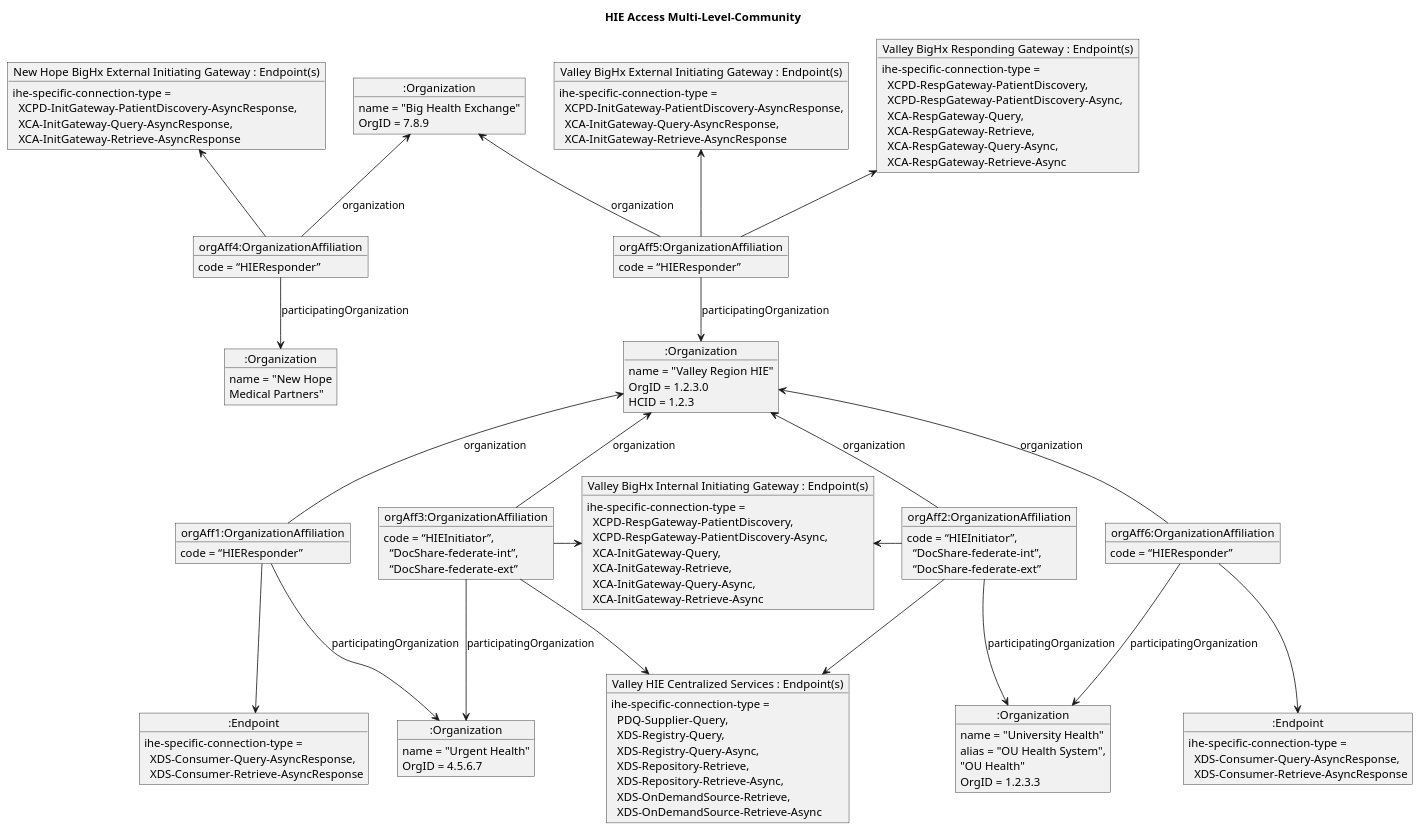
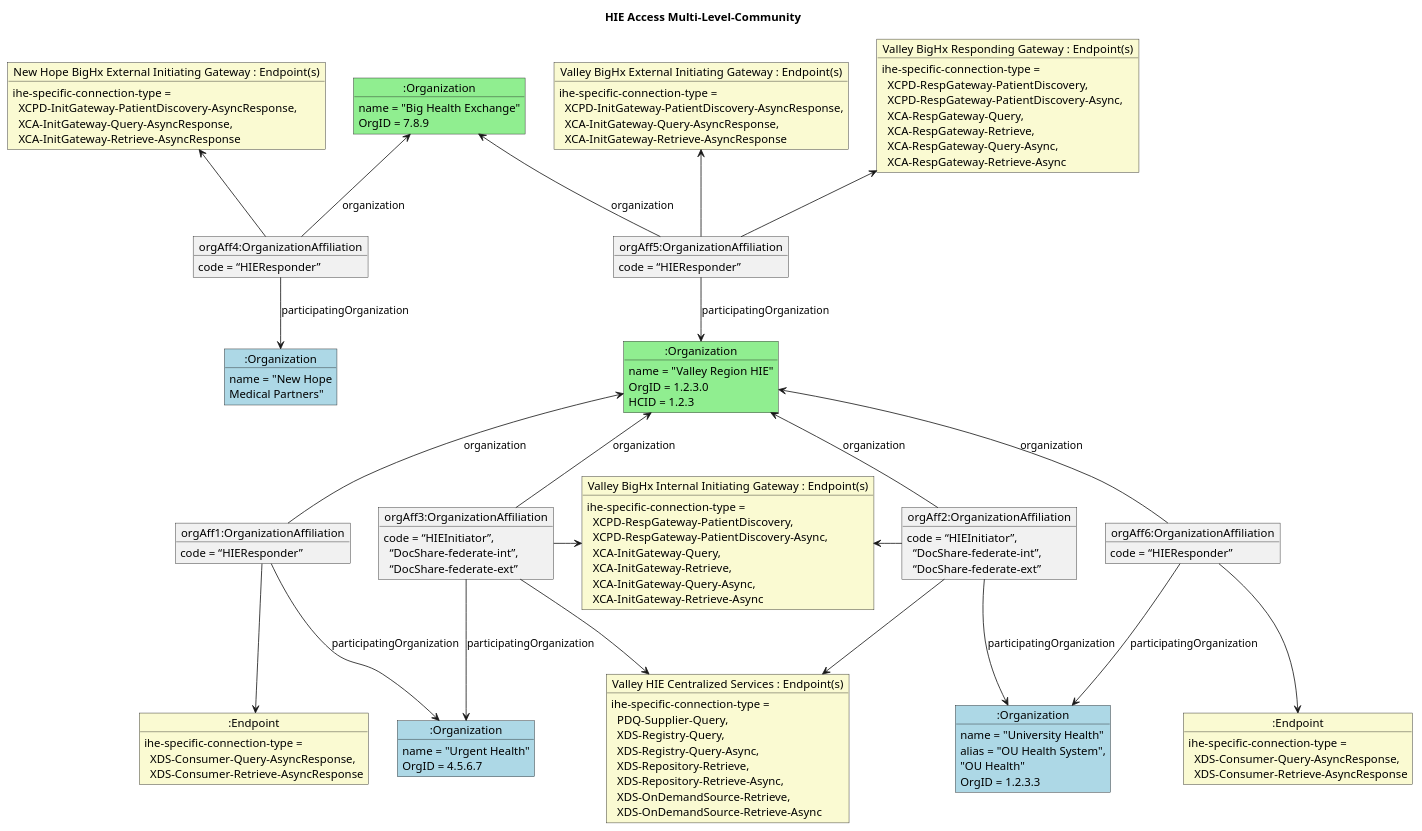
Before and after one commit to HL7/fhir-us-ndh: the diagram in input/images-source/OrganizationAffiliationIHE3.plantuml, drawn with PlantUML. The commit also changed 7 other files, not shown here.

```diff
--- a/input/images-source/OrganizationAffiliationIHE3.plantuml
+++ b/input/images-source/OrganizationAffiliationIHE3.plantuml
@@ -1,88 +1,88 @@
 @startuml 
 
 title "HIE Access Multi-Level-Community "
-object ":Organization" as nhie
+object ":Organization" as nhie #lightgreen
 nhie : name = "Big Health Exchange"
 nhie : OrgID = 7.8.9
 
-object ":Organization" as Partners
+object ":Organization" as Partners #LightBlue
 Partners : name = "New Hope\nMedical Partners"
 
-object "New Hope BigHx External Initiating Gateway : Endpoint(s)" as ig1
+object "New Hope BigHx External Initiating Gateway : Endpoint(s)" as ig1 #LightGoldenRodYellow
 ig1 : ihe-specific-connection-type =\n  XCPD-InitGateway-PatientDiscovery-AsyncResponse,\n  XCA-InitGateway-Query-AsyncResponse,\n  XCA-InitGateway-Retrieve-AsyncResponse
 
 object "orgAff4:OrganizationAffiliation" as OrgAff4
 OrgAff4 : code = “HIEResponder”
 OrgAff4 --> Partners : participatingOrganization
 nhie <-- OrgAff4 : organization
 ig1 <-- OrgAff4
 
-object ":Organization" as hie
+object ":Organization" as hie #lightgreen
 hie : name = "Valley Region HIE"
 hie : OrgID = 1.2.3.0
 hie : HCID = 1.2.3
 
 object "orgAff5:OrganizationAffiliation" as OrgAff5
 OrgAff5 : code = “HIEResponder”
 OrgAff5 --> hie : participatingOrganization
 nhie <-- OrgAff5 : organization
 
-object "Valley BigHx Responding Gateway : Endpoint(s)" as rg1
+object "Valley BigHx Responding Gateway : Endpoint(s)" as rg1 #LightGoldenRodYellow
 rg1 : ihe-specific-connection-type = \n  XCPD-RespGateway-PatientDiscovery,\n  XCPD-RespGateway-PatientDiscovery-Async,\n  XCA-RespGateway-Query,\n  XCA-RespGateway-Retrieve,\n  XCA-RespGateway-Query-Async,\n  XCA-RespGateway-Retrieve-Async
 rg1 <-- OrgAff5
 
-object "Valley BigHx External Initiating Gateway : Endpoint(s)" as ig2
+object "Valley BigHx External Initiating Gateway : Endpoint(s)" as ig2 #LightGoldenRodYellow
 ig2 : ihe-specific-connection-type =\n  XCPD-InitGateway-PatientDiscovery-AsyncResponse,\n  XCA-InitGateway-Query-AsyncResponse,\n  XCA-InitGateway-Retrieve-AsyncResponse
 ig2 <-- OrgAff5
 
-object "Valley BigHx Internal Initiating Gateway : Endpoint(s)" as ig3
+object "Valley BigHx Internal Initiating Gateway : Endpoint(s)" as ig3 #LightGoldenRodYellow
 ig3 : ihe-specific-connection-type = \n  XCPD-RespGateway-PatientDiscovery,\n  XCPD-RespGateway-PatientDiscovery-Async,\n  XCA-InitGateway-Query,\n  XCA-InitGateway-Retrieve,\n  XCA-InitGateway-Query-Async,\n  XCA-InitGateway-Retrieve-Async
 
-object "Valley HIE Centralized Services : Endpoint(s)" as hieEndpoints
+object "Valley HIE Centralized Services : Endpoint(s)" as hieEndpoints #LightGoldenRodYellow
 hieEndpoints : ihe-specific-connection-type = \n  PDQ-Supplier-Query,\n  XDS-Registry-Query,\n  XDS-Registry-Query-Async,\n  XDS-Repository-Retrieve,\n  XDS-Repository-Retrieve-Async,\n  XDS-OnDemandSource-Retrieve,\n  XDS-OnDemandSource-Retrieve-Async
 
-object ":Organization" as OU
+object ":Organization" as OU #LightBlue
 OU : name = "University Health"
 OU : alias = "OU Health System",\n"OU Health"
 OU : OrgID = 1.2.3.3
 
-object ":Organization" as Urgent
+object ":Organization" as Urgent #LightBlue
 Urgent : name = "Urgent Health"
 Urgent : OrgID = 4.5.6.7
 
 object "orgAff1:OrganizationAffiliation" as OrgAff1
 OrgAff1 : code = “HIEResponder”
 OrgAff1 --> Urgent : participatingOrganization
 hie <-- OrgAff1 : organization
 
 object "orgAff2:OrganizationAffiliation" as OrgAff2
 OrgAff2 : code = “HIEInitiator”,\n  “DocShare-federate-int”,\n  “DocShare-federate-ext”
 OrgAff2 --> OU : participatingOrganization
 hie <-- OrgAff2 : organization
 ig3 <- OrgAff2
 OrgAff2 -> hieEndpoints
 
 object "orgAff3:OrganizationAffiliation" as OrgAff3
 OrgAff3 : code = “HIEInitiator”,\n  “DocShare-federate-int”,\n  “DocShare-federate-ext”
 OrgAff3 --> Urgent : participatingOrganization
 hie <-- OrgAff3 : organization
 OrgAff3 -> ig3
 OrgAff3 -> hieEndpoints
 
 object "orgAff6:OrganizationAffiliation" as OrgAff6
 OrgAff6 : code = “HIEResponder”
 OrgAff6 --> OU : participatingOrganization
 hie <-- OrgAff6 : organization
 
-ig3 -[hidden]- hieEndpoints
+ig3 -[hidden]- hieEndpoints 
 OrgAff1 -[hidden] OrgAff3
 
-object ":Endpoint" as con2
+object ":Endpoint" as con2 #LightGoldenRodYellow
 con2 : ihe-specific-connection-type = \n  XDS-Consumer-Query-AsyncResponse,\n  XDS-Consumer-Retrieve-AsyncResponse
 OrgAff6 --> con2
 
-object ":Endpoint" as con3
+object ":Endpoint" as con3 #LightGoldenRodYellow
 con3 : ihe-specific-connection-type = \n  XDS-Consumer-Query-AsyncResponse,\n  XDS-Consumer-Retrieve-AsyncResponse
 OrgAff1 --> con3
 
 @enduml
```
